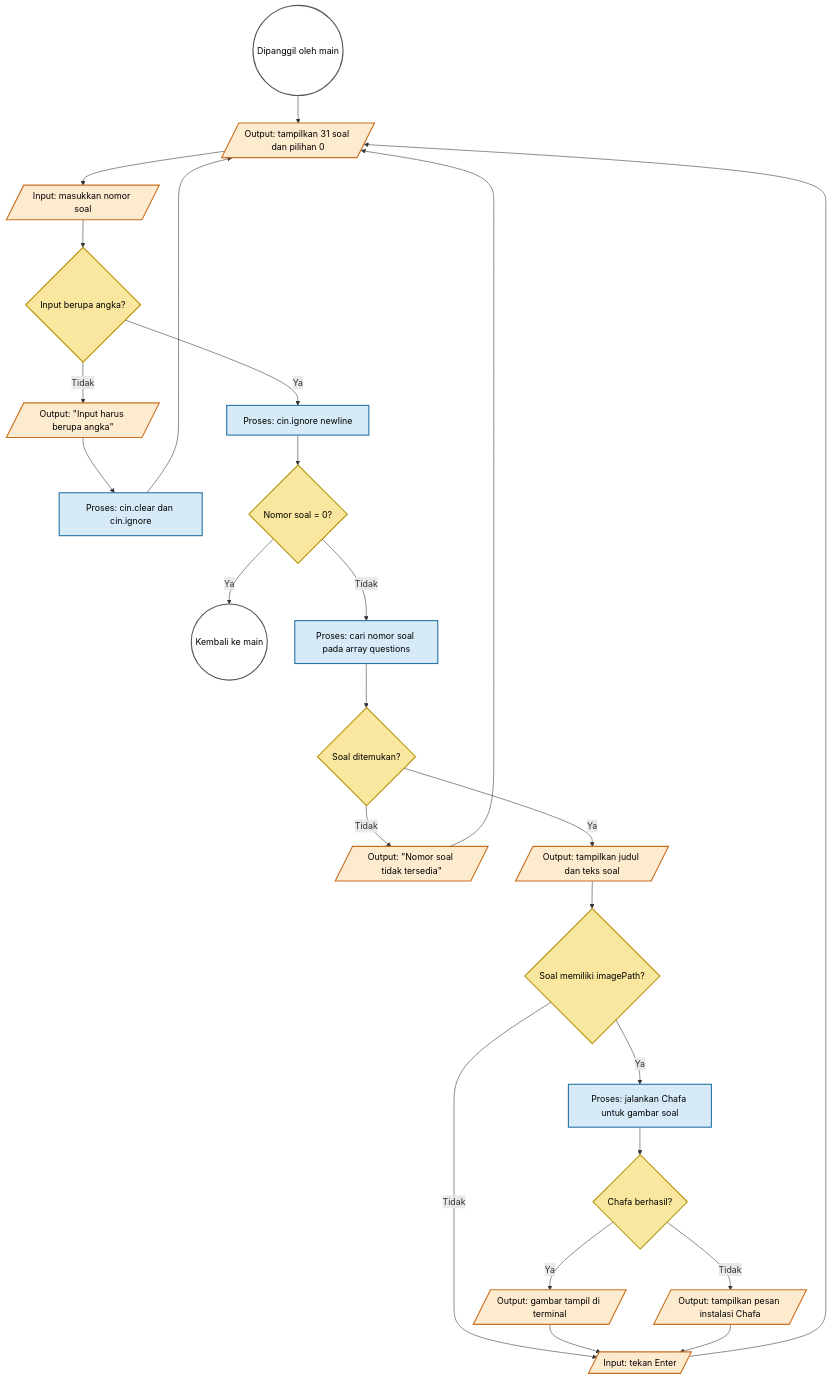
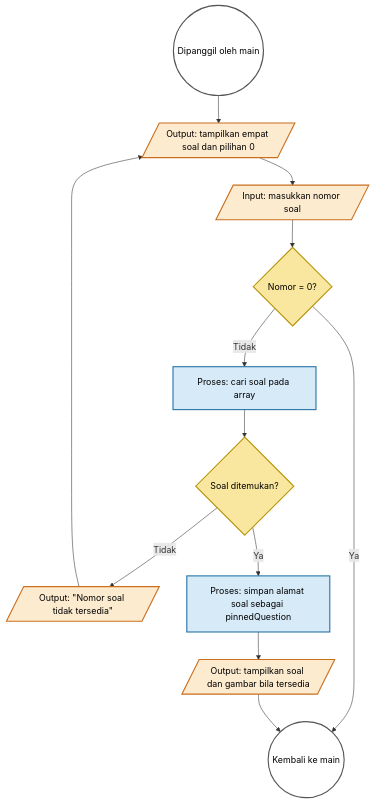
Before and after one commit to kyberneticus/graph: the second of 3 diagrams in FLOWCHART.md, drawn with Mermaid. The commit also changed other lines of this file and 2 other files, not shown here.

First line of the commit message:
feat: solve pinned graph exercises

````diff
--- a/FLOWCHART.md
+++ b/FLOWCHART.md
@@ -67,41 +44,27 @@
 ```mermaid
 flowchart TD
-    SQEntry((Dipanggil oleh main)) --> ListQuestions[/Output: tampilkan 31 soal dan pilihan 0/]
-    ListQuestions --> InputQuestion[/Input: masukkan nomor soal/]
-    InputQuestion --> QuestionIsNumber{Input berupa angka?}
+    Entry((Dipanggil oleh main)) --> List[/Output: tampilkan empat soal dan pilihan 0/]
+    List --> Input[/Input: masukkan nomor soal/]
+    Input --> Back{Nomor = 0?}
 
-    QuestionIsNumber -- Tidak --> NumberError[/Output: "Input harus berupa angka"/]
-    NumberError --> ClearQuestionInput[Proses: cin.clear dan cin.ignore]
-    ClearQuestionInput --> ListQuestions
+    Back -- Ya --> Return((Kembali ke main))
+    Back -- Tidak --> Find[Proses: cari soal pada array]
+    Find --> Exists{Soal ditemukan?}
 
-    QuestionIsNumber -- Ya --> IgnoreQuestionNewline[Proses: cin.ignore newline]
-    IgnoreQuestionNewline --> BackToMain{Nomor soal = 0?}
-    BackToMain -- Ya --> SQReturn((Kembali ke main))
+    Exists -- Tidak --> Missing[/Output: "Nomor soal tidak tersedia"/]
+    Missing --> List
 
-    BackToMain -- Tidak --> FindQuestion[Proses: cari nomor soal pada array questions]
-    FindQuestion --> QuestionExists{Soal ditemukan?}
-    QuestionExists -- Tidak --> MissingQuestion[/Output: "Nomor soal tidak tersedia"/]
-    MissingQuestion --> ListQuestions
-
-    QuestionExists -- Ya --> ShowText[/Output: tampilkan judul dan teks soal/]
-    ShowText --> HasImage{Soal memiliki imagePath?}
-
-    HasImage -- Tidak --> PauseQuestion[/Input: tekan Enter/]
-    HasImage -- Ya --> RunChafa[Proses: jalankan Chafa untuk gambar soal]
-    RunChafa --> ChafaSuccess{Chafa berhasil?}
-    ChafaSuccess -- Ya --> ShowImage[/Output: gambar tampil di terminal/]
-    ChafaSuccess -- Tidak --> ChafaError[/Output: tampilkan pesan instalasi Chafa/]
-    ShowImage --> PauseQuestion
-    ChafaError --> PauseQuestion
-    PauseQuestion --> ListQuestions
+    Exists -- Ya --> Pin[Proses: simpan alamat soal sebagai pinnedQuestion]
+    Pin --> Show[/Output: tampilkan soal dan gambar bila tersedia/]
+    Show --> Return
 
     classDef connector fill:#FFFFFF,stroke:#555555,color:#000,stroke-width:2px;
     classDef process fill:#D6EAF8,stroke:#2874A6,color:#000,stroke-width:2px;
     classDef io fill:#FDEBD0,stroke:#CA6F1E,color:#000,stroke-width:2px;
     classDef decision fill:#F9E79F,stroke:#B7950B,color:#000,stroke-width:2px;
 
-    class SQEntry,SQReturn connector;
-    class ClearQuestionInput,IgnoreQuestionNewline,FindQuestion,RunChafa process;
-    class ListQuestions,InputQuestion,NumberError,MissingQuestion,ShowText,ShowImage,ChafaError,PauseQuestion io;
-    class QuestionIsNumber,BackToMain,QuestionExists,HasImage,ChafaSuccess decision;
+    class Entry,Return connector;
+    class Find,Pin process;
+    class List,Input,Missing,Show io;
+    class Back,Exists decision;
 ```
````
